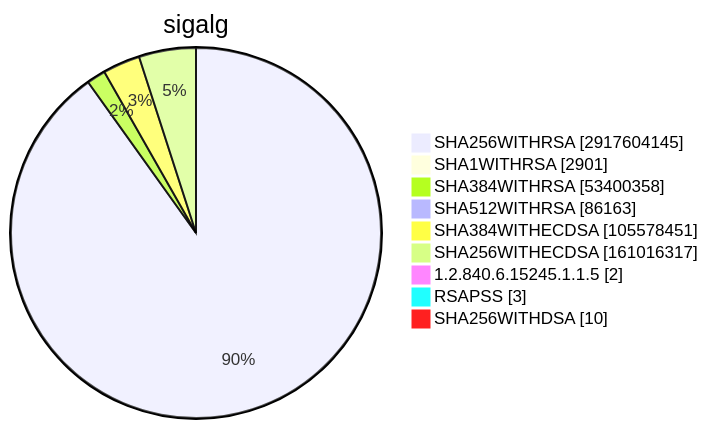
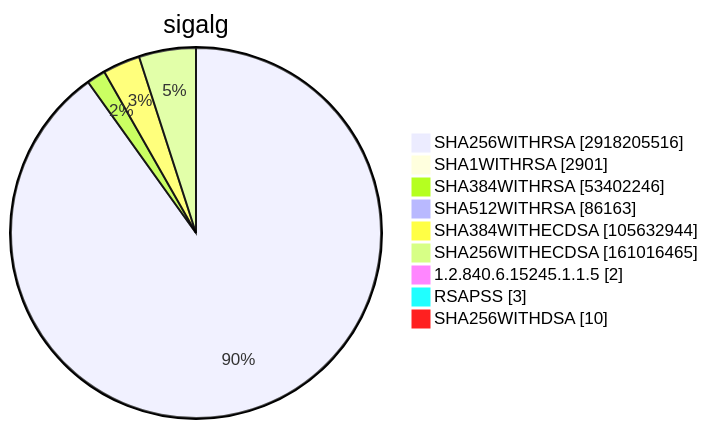
Diagram 15 of 15 in TOTAL/README.md (christiankrug/ctmonitor_visualization), drawn with Mermaid before and after one commit. The commit also changed other lines of this file, not shown here.

````diff
--- a/TOTAL/README.md
+++ b/TOTAL/README.md
@@ -6207,13 +6207,13 @@
 ```mermaid
 pie showData
 title sigalg
-"SHA256WITHRSA" :2917604145
+"SHA256WITHRSA" :2918205516
 "SHA1WITHRSA" :2901
-"SHA384WITHRSA" :53400358
+"SHA384WITHRSA" :53402246
 "SHA512WITHRSA" :86163
-"SHA384WITHECDSA" :105578451
-"SHA256WITHECDSA" :161016317
+"SHA384WITHECDSA" :105632944
+"SHA256WITHECDSA" :161016465
 "1.2.840.6.15245.1.1.5" :2
 "RSAPSS" :3
 "SHA256WITHDSA" :10
 ```
````
